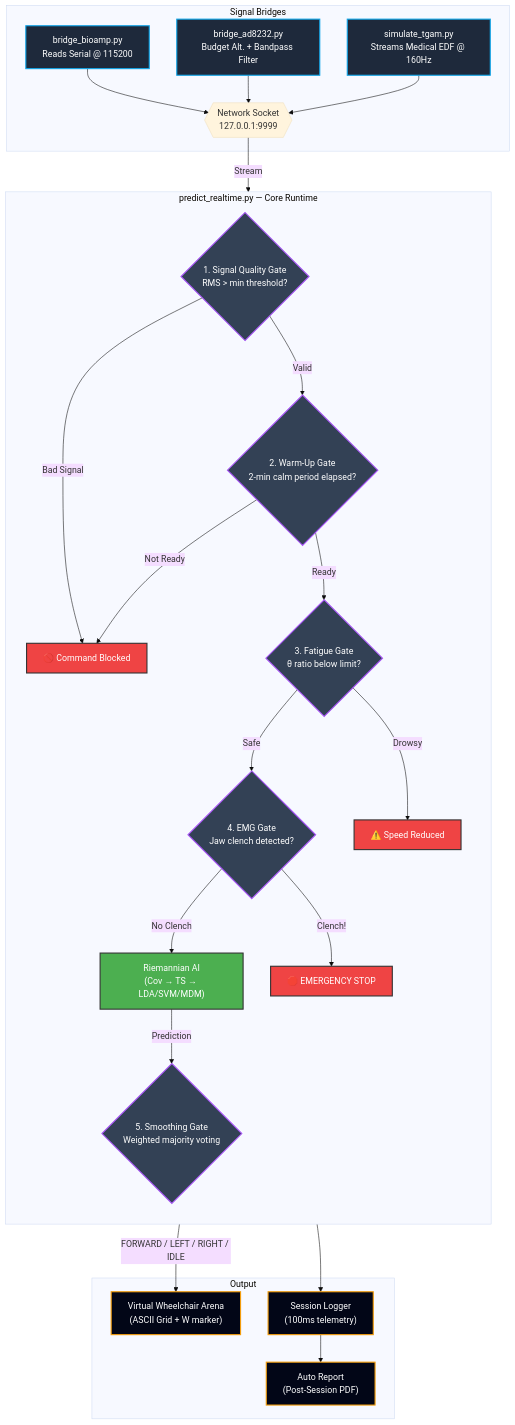
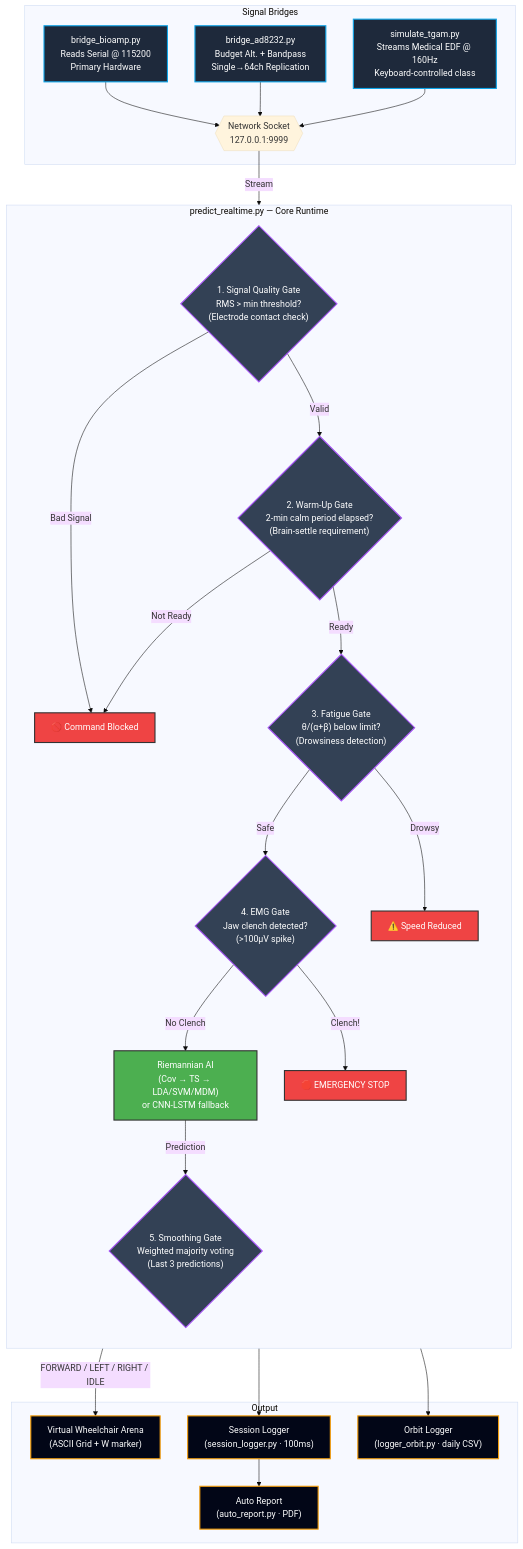
The sixth of 7 diagrams in visual_workflow.md (NAVEENKCG/Mind_Wave_AImodel), drawn with Mermaid (base theme) before and after one commit. The commit also changed other lines of this file and 2 other files, not shown here.

Commit message:
docs: comprehensive update to README.md and visual_workflow.md — add architecture diagrams, file map, results, datasets, project structure, and full pipeline flowcharts

````diff
--- a/visual_workflow.md
+++ b/visual_workflow.md
@@ -206,50 +219,52 @@
 ```mermaid
 flowchart TD
     classDef bridge fill:#1e293b,stroke:#0ea5e9,stroke-width:2px,color:#fff
     classDef gate fill:#334155,stroke:#a855f7,stroke-width:2px,color:#fff
     classDef safe fill:#4caf50,stroke:#333,stroke-width:2px,color:#fff
     classDef danger fill:#ef4444,stroke:#333,stroke-width:2px,color:#fff
     classDef output fill:#020617,stroke:#f59e0b,stroke-width:2px,color:#fff
 
     subgraph BRIDGES["Signal Bridges"]
-        B1["bridge_bioamp.py<br/>Reads Serial @ 115200"]:::bridge
-        B2["bridge_ad8232.py<br/>Budget Alt. + Bandpass Filter"]:::bridge
-        B3["simulate_tgam.py<br/>Streams Medical EDF @ 160Hz"]:::bridge
+        B1["bridge_bioamp.py<br/>Reads Serial @ 115200<br/>Primary Hardware"]:::bridge
+        B2["bridge_ad8232.py<br/>Budget Alt. + Bandpass<br/>Single→64ch Replication"]:::bridge
+        B3["simulate_tgam.py<br/>Streams Medical EDF @ 160Hz<br/>Keyboard-controlled class"]:::bridge
         SOCK{{"Network Socket<br/>127.0.0.1:9999"}}
 
         B1 --> SOCK
         B2 --> SOCK
         B3 --> SOCK
     end
 
     subgraph ENGINE["predict_realtime.py — Core Runtime"]
         direction TB
-        G1{"1. Signal Quality Gate<br/>RMS > min threshold?"}:::gate
-        G2{"2. Warm-Up Gate<br/>2-min calm period elapsed?"}:::gate
-        G3{"3. Fatigue Gate<br/>θ ratio below limit?"}:::gate
-        G4{"4. EMG Gate<br/>Jaw clench detected?"}:::gate
-        G5{"5. Smoothing Gate<br/>Weighted majority voting"}:::gate
-        AI["Riemannian AI<br/>(Cov → TS → LDA/SVM/MDM)"]:::safe
+        G1{"1. Signal Quality Gate<br/>RMS > min threshold?<br/>(Electrode contact check)"}:::gate
+        G2{"2. Warm-Up Gate<br/>2-min calm period elapsed?<br/>(Brain-settle requirement)"}:::gate
+        G3{"3. Fatigue Gate<br/>θ/(α+β) below limit?<br/>(Drowsiness detection)"}:::gate
+        G4{"4. EMG Gate<br/>Jaw clench detected?<br/>(>100μV spike)"}:::gate
+        G5{"5. Smoothing Gate<br/>Weighted majority voting<br/>(Last 3 predictions)"}:::gate
+        AI["Riemannian AI<br/>(Cov → TS → LDA/SVM/MDM)<br/>or CNN-LSTM fallback"]:::safe
 
         G1 -->|Valid| G2
         G1 -->|"Bad Signal"| BLOCK["🚫 Command Blocked"]:::danger
         G2 -->|Ready| G3
         G2 -->|"Not Ready"| BLOCK
         G3 -->|Safe| G4
         G3 -->|"Drowsy"| SLOW["⚠️ Speed Reduced"]:::danger
         G4 -->|"No Clench"| AI
         G4 -->|"Clench!"| ESTOP["🛑 EMERGENCY STOP"]:::danger
         AI -->|Prediction| G5
     end
 
     subgraph OUTPUT["Output"]
         ARENA["Virtual Wheelchair Arena<br/>(ASCII Grid + W marker)"]:::output
-        LOG["Session Logger<br/>(100ms telemetry)"]:::output
-        REPORT["Auto Report<br/>(Post-Session PDF)"]:::output
+        LOG["Session Logger<br/>(session_logger.py · 100ms)"]:::output
+        ORBIT_LOG["Orbit Logger<br/>(logger_orbit.py · daily CSV)"]:::output
+        REPORT["Auto Report<br/>(auto_report.py · PDF)"]:::output
     end
 
     SOCK -->|"Stream"| G1
     G5 -->|"FORWARD / LEFT / RIGHT / IDLE"| ARENA
     G5 --> LOG
+    G5 --> ORBIT_LOG
     LOG --> REPORT
 ```
````
